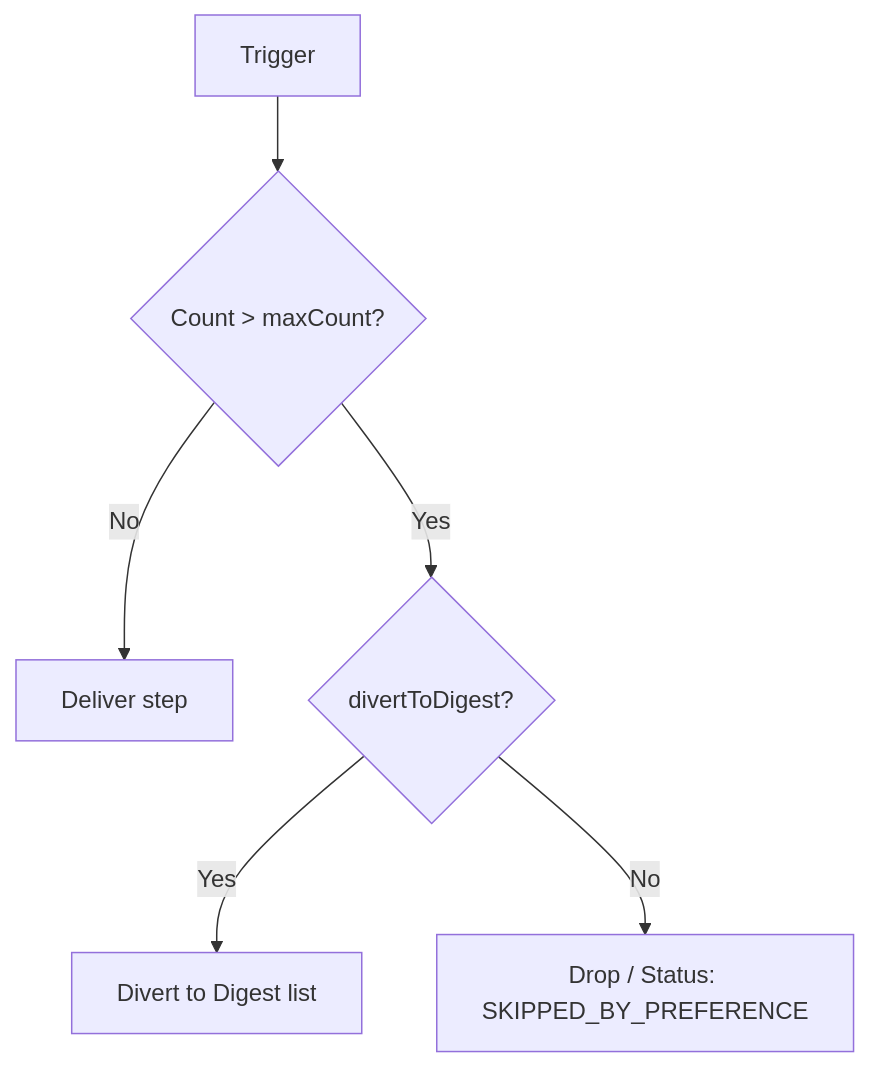
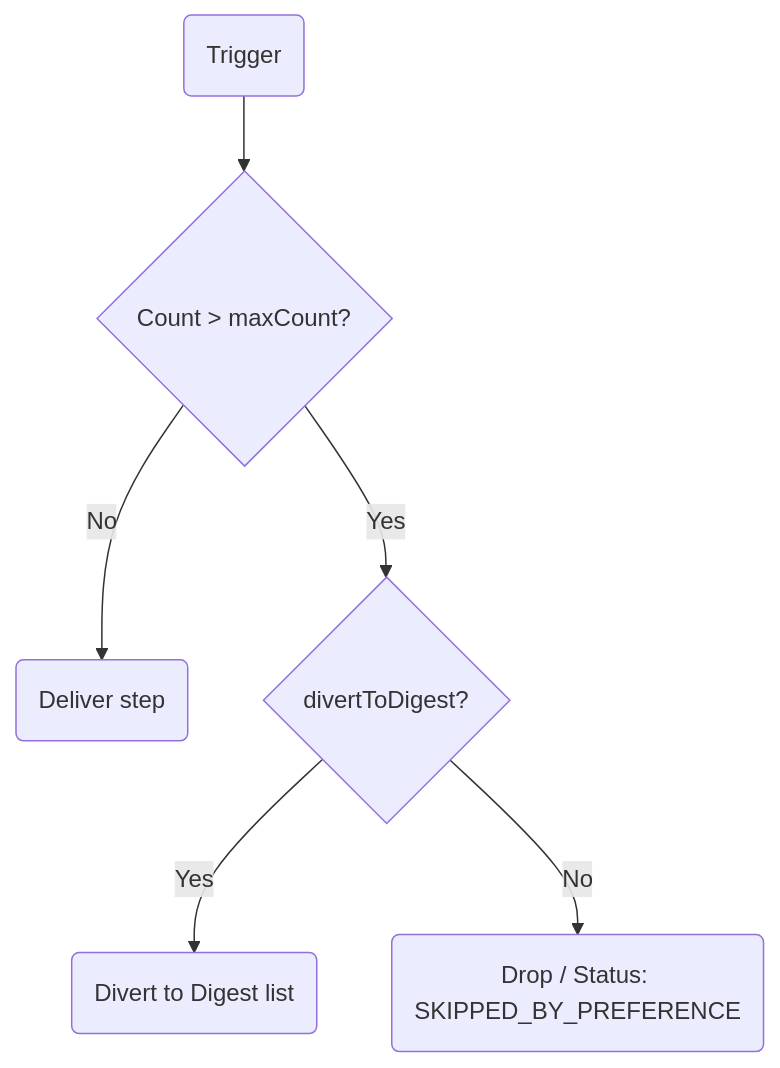
The second of 2 diagrams in content/docs/en/platform/features/digest-throttle.mdx (KriyanshKhunt/nexus_docs), drawn with Mermaid before and after one commit. The commit also changed other lines of this file and 25 other files, not shown here.

Commit message:
Handle en Mermaid charts

````diff
--- a/content/docs/en/platform/features/digest-throttle.mdx
+++ b/content/docs/en/platform/features/digest-throttle.mdx
@@ -70,8 +70,8 @@
 ```mermaid
 flowchart TD
-  Trigger[Trigger] --> Throttle{Count > maxCount?}
-  Throttle -->|No| Pass[Deliver step]
+  Trigger(Trigger) --> Throttle{Count > maxCount?}
+  Throttle -->|No| Pass(Deliver step)
   Throttle -->|Yes| Divert{divertToDigest?}
-  Divert -->|Yes| Queue[Divert to Digest list]
-  Divert -->|No| Drop[Drop / Status: SKIPPED_BY_PREFERENCE]
+  Divert -->|Yes| Queue(Divert to Digest list)
+  Divert -->|No| Drop(Drop / Status: SKIPPED_BY_PREFERENCE)
 ```
````
